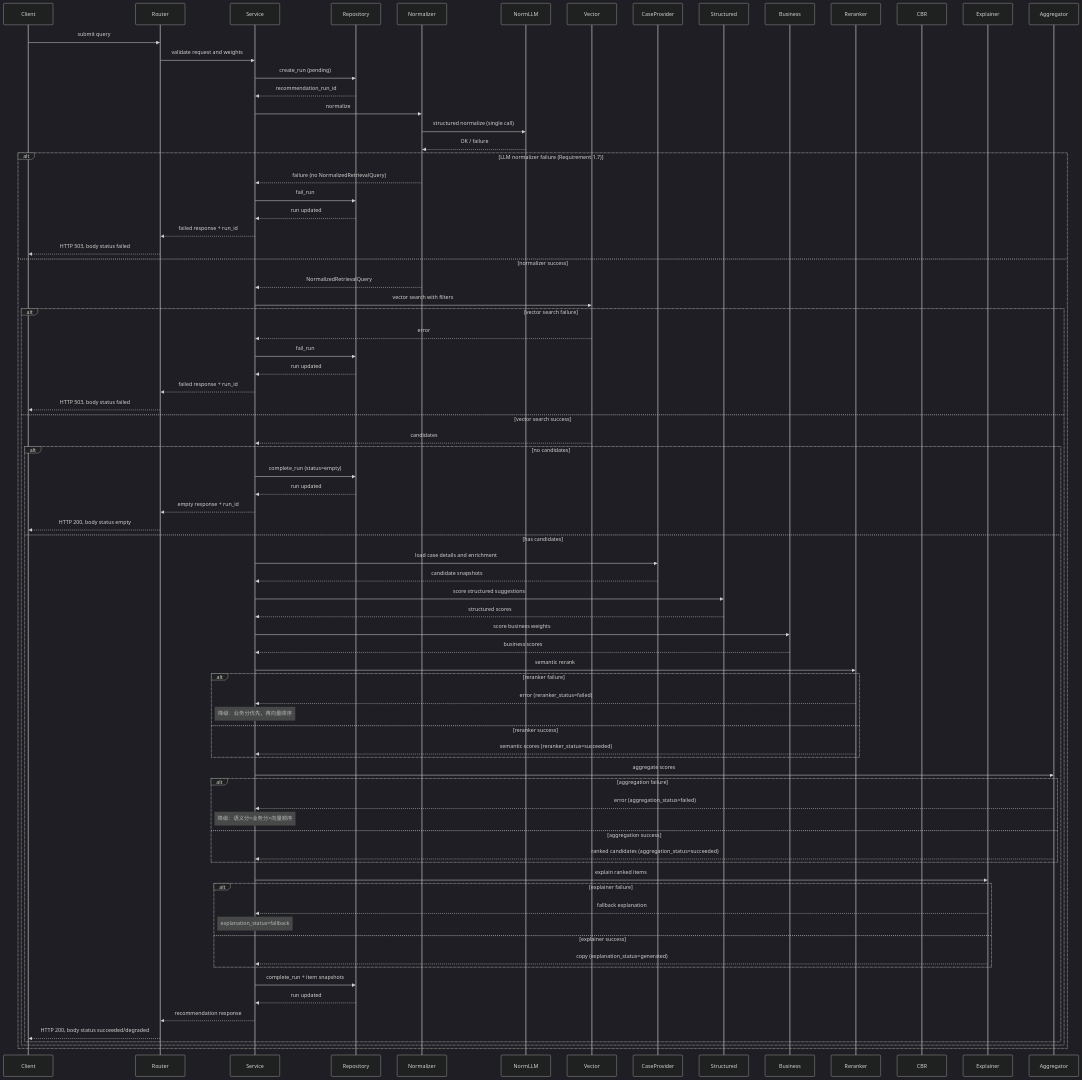
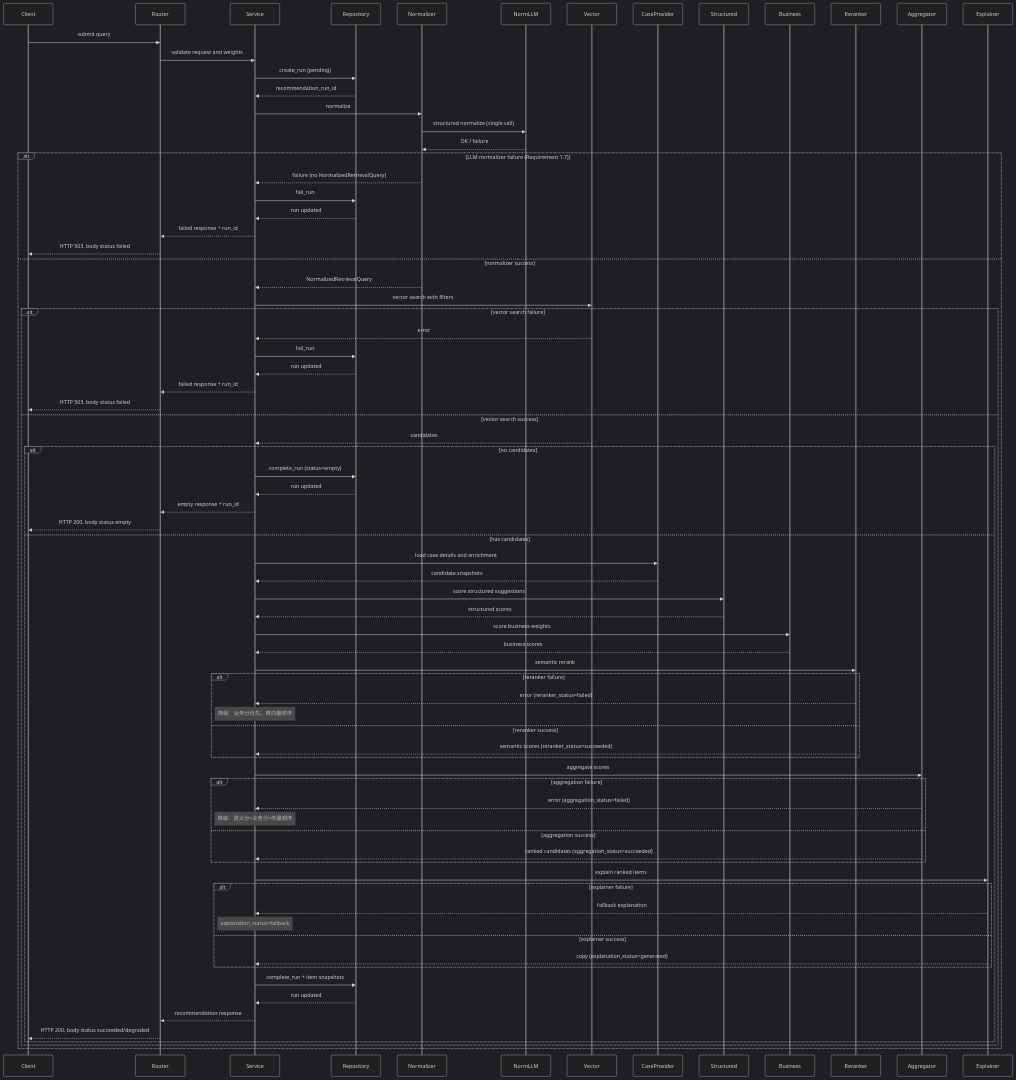
Before and after one commit to aierdong/a3-cbr: the second of 5 diagrams in .kiro/specs/cbr-retrieval-recommendation/design.md, drawn with Mermaid (dark theme). The commit also changed other lines of this file and 33 other files, not shown here.

````diff
--- a/.kiro/specs/cbr-retrieval-recommendation/design.md
+++ b/.kiro/specs/cbr-retrieval-recommendation/design.md
@@ -247,80 +247,80 @@
 ```mermaid
 sequenceDiagram
     participant Client
     participant Router
     participant Service
     participant Repository
     participant Normalizer
     participant NormLLM
     participant Vector
     participant CaseProvider
     participant Structured
     participant Business
     participant Reranker
-    participant CBR
+    participant Aggregator
     participant Explainer
     Client->>Router: submit query
     Router->>Service: validate request and weights
     Service->>Repository: create_run (pending)
     Repository-->>Service: recommendation_run_id
     Service->>Normalizer: normalize
     Normalizer->>NormLLM: structured normalize (single call)
     NormLLM-->>Normalizer: OK / failure
     alt LLM normalizer failure (Requirement 1.7)
         Normalizer-->>Service: failure (no NormalizedRetrievalQuery)
         Service->>Repository: fail_run
         Repository-->>Service: run updated
         Service-->>Router: failed response + run_id
         Router-->>Client: HTTP 503, body status failed
     else normalizer success
         Normalizer-->>Service: NormalizedRetrievalQuery
         Service->>Vector: vector search with filters
         alt vector search failure
             Vector-->>Service: error
             Service->>Repository: fail_run
             Repository-->>Service: run updated
             Service-->>Router: failed response + run_id
             Router-->>Client: HTTP 503, body status failed
         else vector search success
             Vector-->>Service: candidates
             alt no candidates
                 Service->>Repository: complete_run (status=empty)
                 Repository-->>Service: run updated
                 Service-->>Router: empty response + run_id
                 Router-->>Client: HTTP 200, body status empty
             else has candidates
                 Service->>CaseProvider: load case details and enrichment
                 CaseProvider-->>Service: candidate snapshots
                 Service->>Structured: score structured suggestions
                 Structured-->>Service: structured scores
                 Service->>Business: score business weights
                 Business-->>Service: business scores
                 Service->>Reranker: semantic rerank
                 alt reranker failure
                     Reranker-->>Service: error (reranker_status=failed)
                     Note over Service: 降级：业务分优先，再向量顺序
                 else reranker success
                     Reranker-->>Service: semantic scores (reranker_status=succeeded)
                 end
                 Service->>Aggregator: aggregate scores
                 alt aggregation failure
                     Aggregator-->>Service: error (aggregation_status=failed)
                     Note over Service: 降级：语义分>业务分>向量顺序
                 else aggregation success
                     Aggregator-->>Service: ranked candidates (aggregation_status=succeeded)
                 end
                 Service->>Explainer: explain ranked items
                 alt explainer failure
                     Explainer-->>Service: fallback explanation
                     Note over Service: explanation_status=fallback
                 else explainer success
                     Explainer-->>Service: copy (explanation_status=generated)
                 end
                 Service->>Repository: complete_run + item snapshots
                 Repository-->>Service: run updated
                 Service-->>Router: recommendation response
                 Router-->>Client: HTTP 200, body status succeeded/degraded
             end
         end
     end
 ```
````
